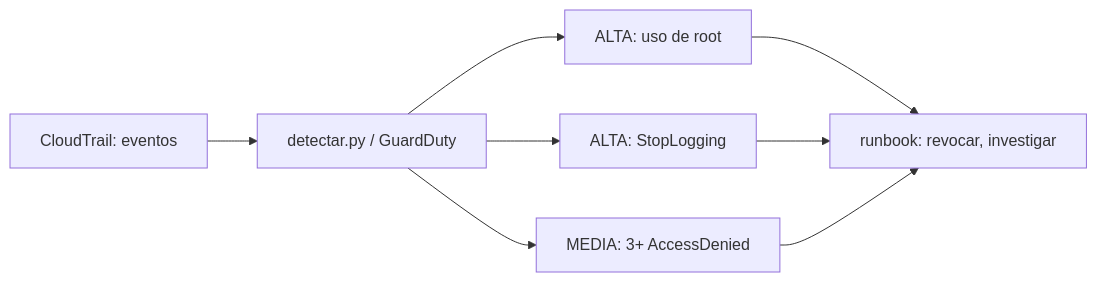
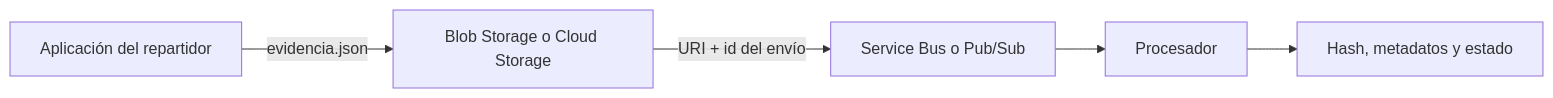
The fifth of 8 diagrams in web/public/content/cloud/modulo-33.md (NICORUIZ93/The_Imperial_Book), drawn with Mermaid before and after one commit. The commit also changed other lines of this file and 305 other files, not shown here.

````diff
--- a/web/public/content/cloud/modulo-33.md
+++ b/web/public/content/cloud/modulo-33.md
@@ -359,8 +323,7 @@
 ```mermaid
 flowchart LR
-    CT["CloudTrail: eventos"] --> D["detectar.py / GuardDuty"]
-    D --> A1["ALTA: uso de root"]
-    D --> A2["ALTA: StopLogging"]
-    D --> A3["MEDIA: 3+ AccessDenied"]
-    A1 & A2 & A3 --> R["runbook: revocar, investigar"]
+  Mobile["Aplicación del repartidor"] -->|"evidencia.json"| Storage["Blob Storage o Cloud Storage"]
+  Storage -->|"URI + id del envío"| Event["Service Bus o Pub/Sub"]
+  Event --> Worker["Procesador"]
+  Worker --> Verify["Hash, metadatos y estado"]
 ```
````
